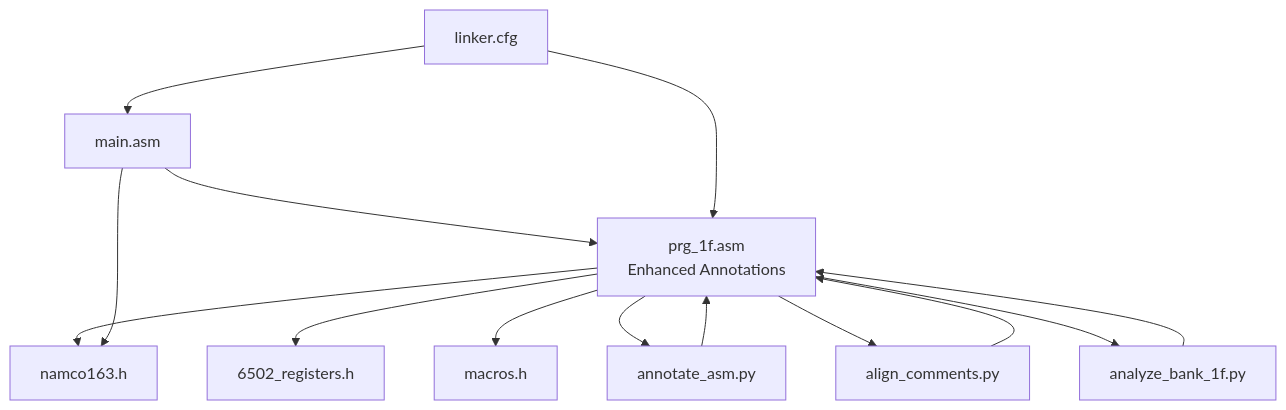
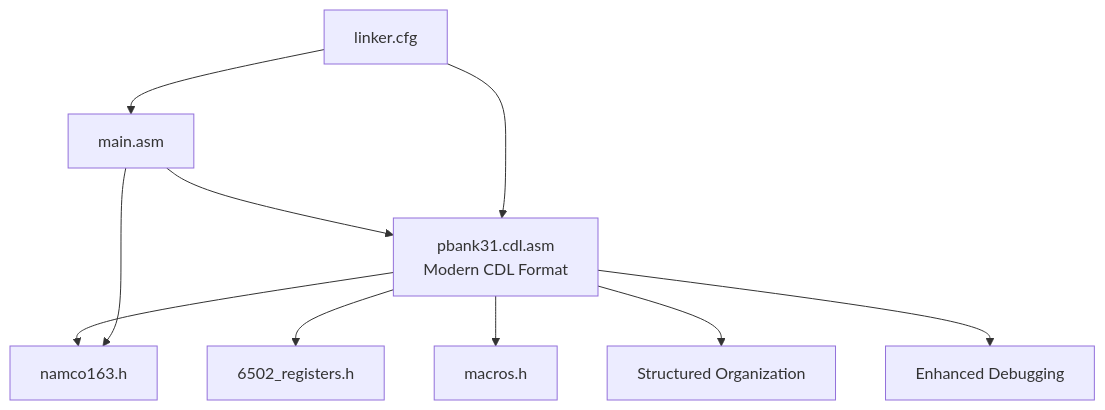
The ninth of 9 diagrams in .qoder/repowiki/en/content/Assembly Architecture/Assembly Architecture.md (rabbyzero/sango2dasm), drawn with Mermaid before and after one commit. The commit also changed other lines of this file and 8 other files, not shown here.

````diff
--- a/.qoder/repowiki/en/content/Assembly Architecture/Assembly Architecture.md
+++ b/.qoder/repowiki/en/content/Assembly Architecture/Assembly Architecture.md
@@ -448,16 +446,12 @@
 ```mermaid
 graph TB
-PRG1F["prg_1f.asm<br/>Enhanced Annotations"] --> NAMCO["namco163.h"]
-PRG1F --> REGS["6502_registers.h"]
-PRG1F --> MACROS["macros.h"]
-MAIN["main.asm"] --> PRG1F
+CDL["pbank31.cdl.asm<br/>Modern CDL Format"] --> NAMCO["namco163.h"]
+CDL --> REGS["6502_registers.h"]
+CDL --> MACROS["macros.h"]
+MAIN["main.asm"] --> CDL
 MAIN --> NAMCO
-LCFG["linker.cfg"] --> PRG1F
+LCFG["linker.cfg"] --> CDL
 LCFG --> MAIN
-ANNOTATE["annotate_asm.py"] --> PRG1F
-ALIGN["align_comments.py"] --> PRG1F
-ANALYZE["analyze_bank_1f.py"] --> PRG1F
-PRG1F --> ANNOTATE
-PRG1F --> ALIGN
-PRG1F --> ANALYZE
+CDL --> STRUCT["Structured Organization"]
+CDL --> DEBUG["Enhanced Debugging"]
 ```
````
